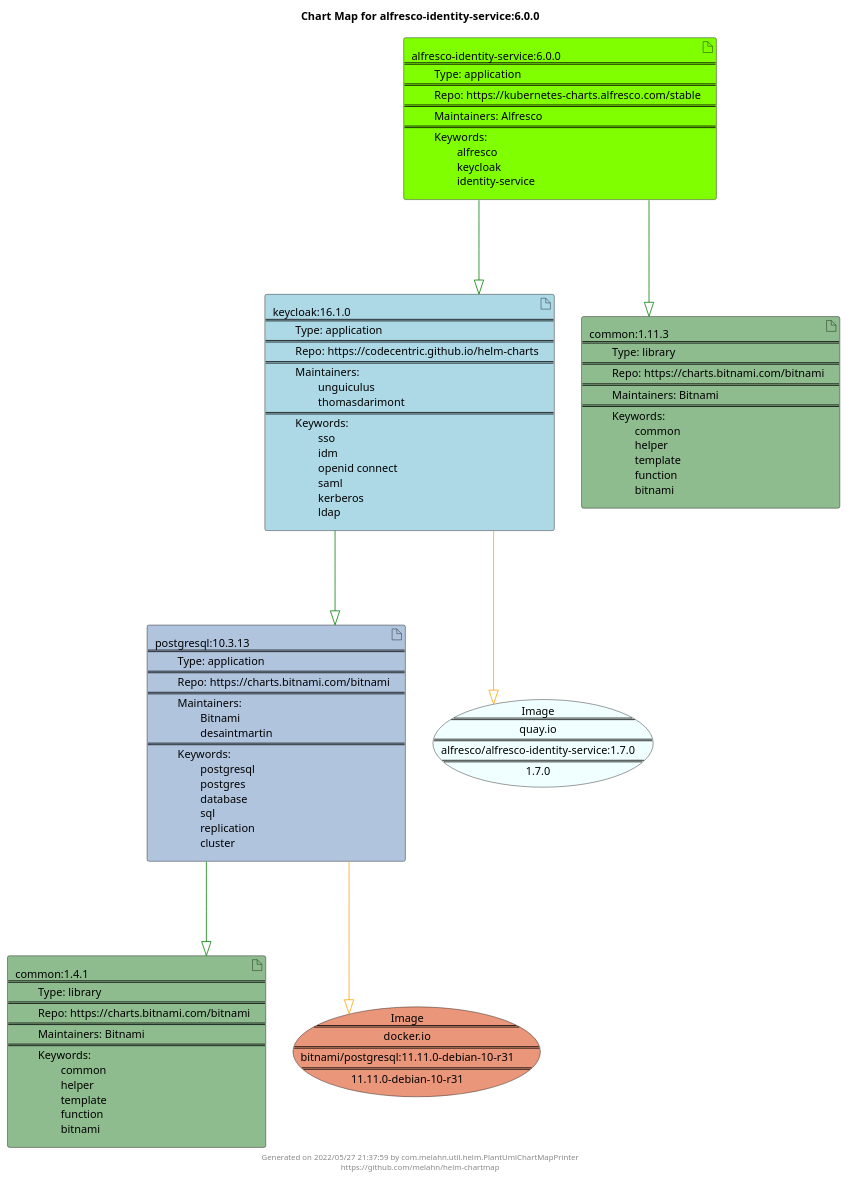
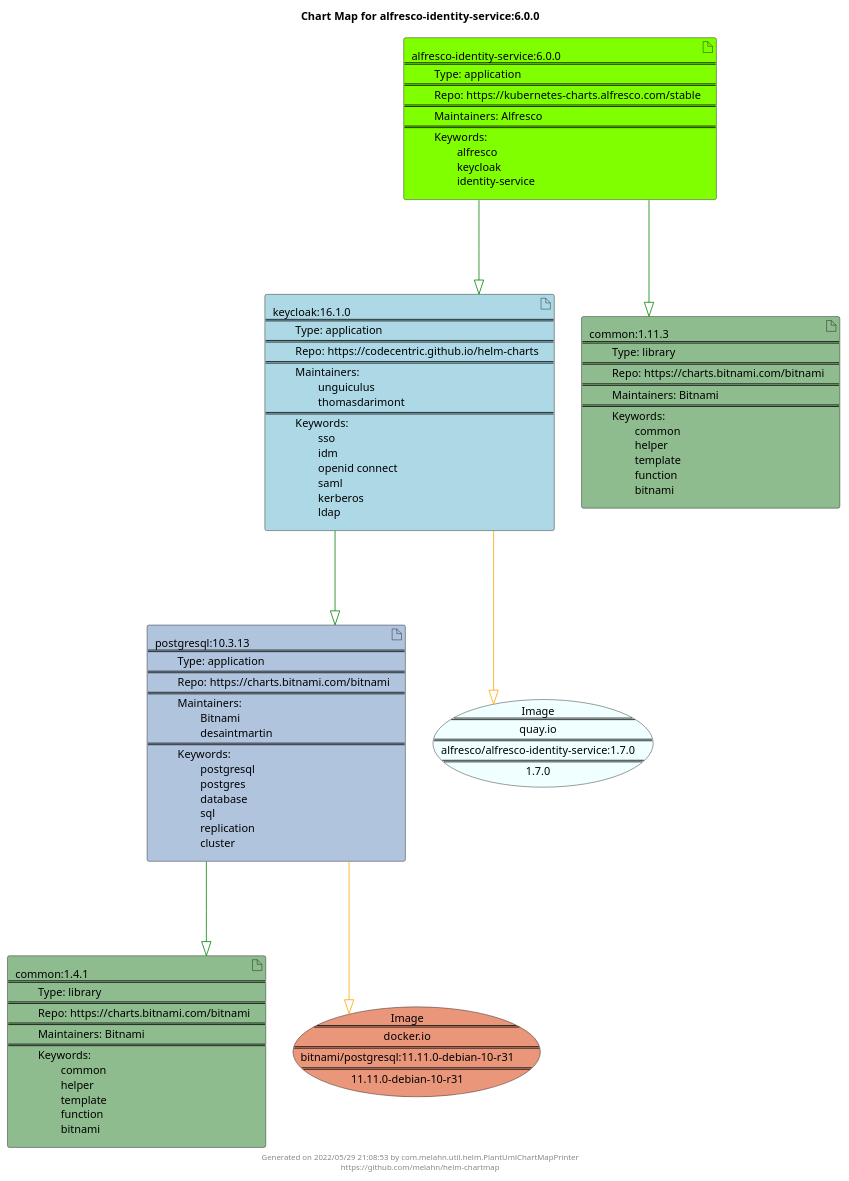
Before and after one commit to melahn/helm-chartmap: the diagram in docs/alfresco-identity-service/alfresco-identity-service-6.0.0.puml, drawn with PlantUML. The commit also changed 63 other files, not shown here.

Commit message:
Update Example Chart Maps as part of GitHub build

```diff
--- a/docs/alfresco-identity-service/alfresco-identity-service-6.0.0.puml
+++ b/docs/alfresco-identity-service/alfresco-identity-service-6.0.0.puml
@@ -1,31 +1,31 @@
 @startuml
 skinparam linetype ortho
 skinparam backgroundColor white
 skinparam usecaseBorderColor black
 skinparam usecaseArrowColor LightSlateGray
 skinparam artifactBorderColor black
 skinparam artifactArrowColor LightSlateGray
 
 title Chart Map for alfresco-identity-service:6.0.0
 
 'There are 5 referenced Helm Charts
 artifact "common:1.4.1\n====\n\tType: library\n====\n\tRepo: https://charts.bitnami.com/bitnami\n====\n\tMaintainers: Bitnami\n====\n\tKeywords: \n\t\tcommon\n\t\thelper\n\t\ttemplate\n\t\tfunction\n\t\tbitnami" as common_1_4_1 #DarkSeaGreen
 artifact "keycloak:16.1.0\n====\n\tType: application\n====\n\tRepo: https://codecentric.github.io/helm-charts\n====\n\tMaintainers: \n\t\tunguiculus\n\t\tthomasdarimont\n====\n\tKeywords: \n\t\tsso\n\t\tidm\n\t\topenid connect\n\t\tsaml\n\t\tkerberos\n\t\tldap" as keycloak_16_1_0 #LightBlue
 artifact "postgresql:10.3.13\n====\n\tType: application\n====\n\tRepo: https://charts.bitnami.com/bitnami\n====\n\tMaintainers: \n\t\tBitnami\n\t\tdesaintmartin\n====\n\tKeywords: \n\t\tpostgresql\n\t\tpostgres\n\t\tdatabase\n\t\tsql\n\t\treplication\n\t\tcluster" as postgresql_10_3_13 #LightSteelBlue
 artifact "alfresco-identity-service:6.0.0\n====\n\tType: application\n====\n\tRepo: https://kubernetes-charts.alfresco.com/stable\n====\n\tMaintainers: Alfresco\n====\n\tKeywords: \n\t\talfresco\n\t\tkeycloak\n\t\tidentity-service" as alfresco_identity_service_6_0_0 #Chartreuse
 artifact "common:1.11.3\n====\n\tType: library\n====\n\tRepo: https://charts.bitnami.com/bitnami\n====\n\tMaintainers: Bitnami\n====\n\tKeywords: \n\t\tcommon\n\t\thelper\n\t\ttemplate\n\t\tfunction\n\t\tbitnami" as common_1_11_3 #DarkSeaGreen
 
 'There are 2 referenced Docker Images
 usecase "Image\n====\nquay.io\n====\nalfresco/alfresco-identity-service:1.7.0\n====\n1.7.0" as quay_io_alfresco_alfresco_identity_service_1_7_0 #Azure
 usecase "Image\n====\ndocker.io\n====\nbitnami/postgresql:11.11.0-debian-10-r31\n====\n11.11.0-debian-10-r31" as docker_io_bitnami_postgresql_11_11_0_debian_10_r31 #DarkSalmon
 
 'Chart Dependencies
+alfresco_identity_service_6_0_0--[#green]-|>common_1_11_3
 alfresco_identity_service_6_0_0--[#green]-|>keycloak_16_1_0
 keycloak_16_1_0--[#green]-|>postgresql_10_3_13
 postgresql_10_3_13--[#green]-|>common_1_4_1
-alfresco_identity_service_6_0_0--[#green]-|>common_1_11_3
 keycloak_16_1_0--[#orange]-|>quay_io_alfresco_alfresco_identity_service_1_7_0
 postgresql_10_3_13--[#orange]-|>docker_io_bitnami_postgresql_11_11_0_debian_10_r31
 
-center footer Generated on 2022/05/27 21:37:59 by com.melahn.util.helm.PlantUmlChartMapPrinter\nhttps://github.com/melahn/helm-chartmap
+center footer Generated on 2022/05/29 21:08:53 by com.melahn.util.helm.PlantUmlChartMapPrinter\nhttps://github.com/melahn/helm-chartmap
 @enduml
```
